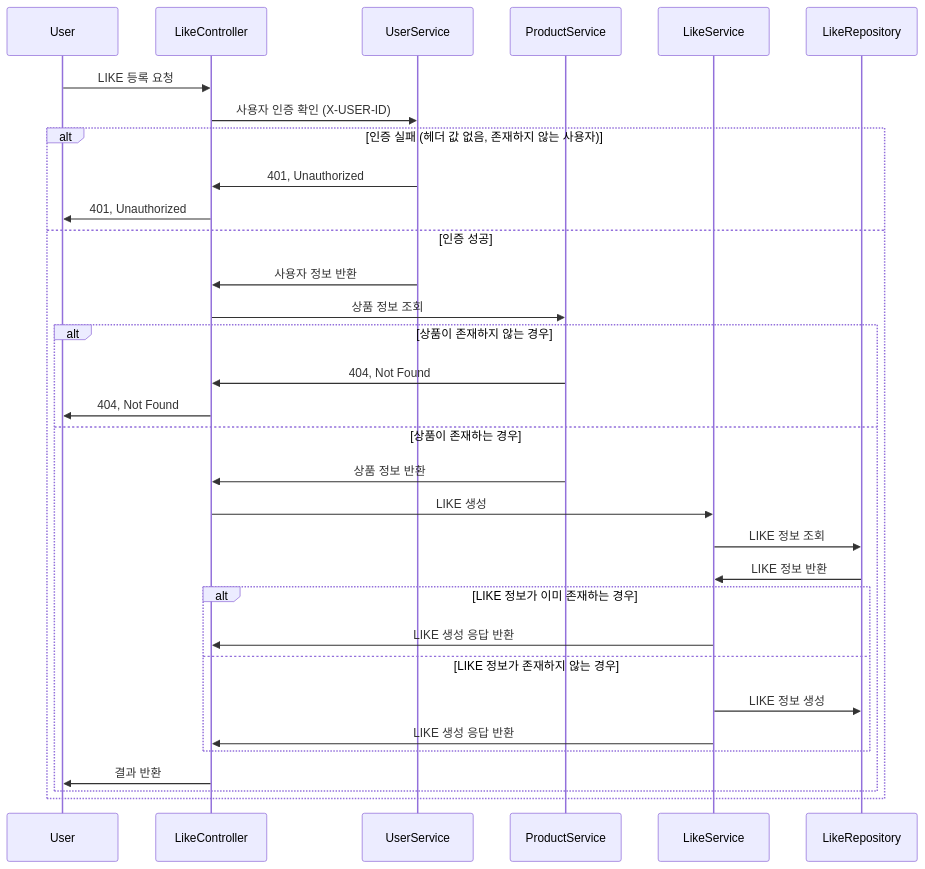
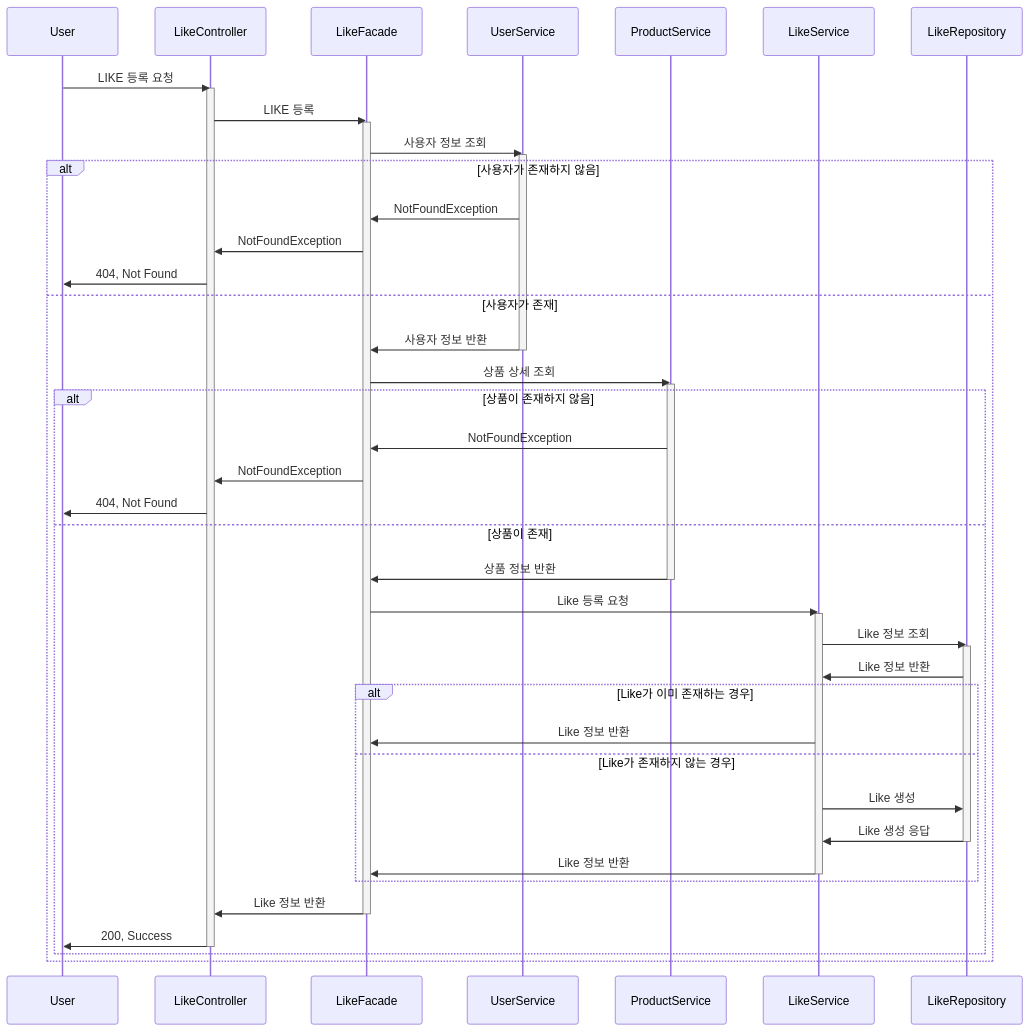
Before and after one commit to taehwan0/loopers-ecommerce: the first of 2 diagrams in docs/design/02-sequence-diagrams.md, drawn with Mermaid. The commit also changed other lines of this file and 1 other file, not shown here.

````diff
--- a/docs/design/02-sequence-diagrams.md
+++ b/docs/design/02-sequence-diagrams.md
@@ -3,34 +3,52 @@
 ```mermaid
 sequenceDiagram
     participant User
     participant LikeController
+    participant LikeFacade
     participant UserService
     participant ProductService
     participant LikeService
     participant LikeRepository
     User ->> LikeController: LIKE 등록 요청
-   LikeController ->> UserService: 사용자 인증 확인 (X-USER-ID)
-    alt 인증 실패 (헤더 값 없음, 존재하지 않는 사용자)
-        UserService ->> LikeController: 401, Unauthorized
-        LikeController ->> User: 401, Unauthorized
-    else 인증 성공
-        UserService ->> LikeController: 사용자 정보 반환
-        LikeController ->> ProductService: 상품 정보 조회
-        alt 상품이 존재하지 않는 경우
-            ProductService ->> LikeController: 404, Not Found
+    activate LikeController
+    LikeController ->> LikeFacade: LIKE 등록
+    activate LikeFacade
+    LikeFacade ->> UserService: 사용자 정보 조회
+    activate UserService
+    alt 사용자가 존재하지 않음
+        UserService ->> LikeFacade: NotFoundException
+        LikeFacade ->> LikeController: NotFoundException
+        LikeController ->> User: 404, Not Found
+    else 사용자가 존재
+        UserService ->> LikeFacade: 사용자 정보 반환
+        deactivate UserService
+        LikeFacade ->> ProductService: 상품 상세 조회
+        activate ProductService
+        alt 상품이 존재하지 않음
+            ProductService ->> LikeFacade: NotFoundException
+            LikeFacade ->> LikeController: NotFoundException
             LikeController ->> User: 404, Not Found
-        else 상품이 존재하는 경우
-            ProductService ->> LikeController: 상품 정보 반환
-            LikeController ->> LikeService: LIKE 생성
-            LikeService ->> LikeRepository: LIKE 정보 조회
-            LikeRepository ->> LikeService: LIKE 정보 반환
-            alt LIKE 정보가 이미 존재하는 경우
-                LikeService ->> LikeController: LIKE 생성 응답 반환
-            else LIKE 정보가 존재하지 않는 경우
-                LikeService ->> LikeRepository: LIKE 정보 생성
-                LikeService ->> LikeController: LIKE 생성 응답 반환
+        else 상품이 존재
+            ProductService ->> LikeFacade: 상품 정보 반환
+            deactivate ProductService
+            LikeFacade ->> LikeService: Like 등록 요청
+            activate LikeService
+            LikeService ->> LikeRepository: Like 정보 조회
+            activate LikeRepository
+            LikeRepository ->> LikeService: Like 정보 반환 
+            alt Like가 이미 존재하는 경우
+                LikeService ->> LikeFacade: Like 정보 반환
+            else Like가 존재하지 않는 경우
+                LikeService ->> LikeRepository: Like 생성
+                LikeRepository ->> LikeService: Like 생성 응답
+                deactivate LikeRepository
+                LikeService ->> LikeFacade: Like 정보 반환
+                deactivate LikeService
             end
-            LikeController ->> User: 결과 반환
+            LikeFacade ->> LikeController: Like 정보 반환
+            deactivate LikeFacade
+            LikeController ->> User: 200, Success
+            deactivate LikeController
         end
     end
 ```
````
